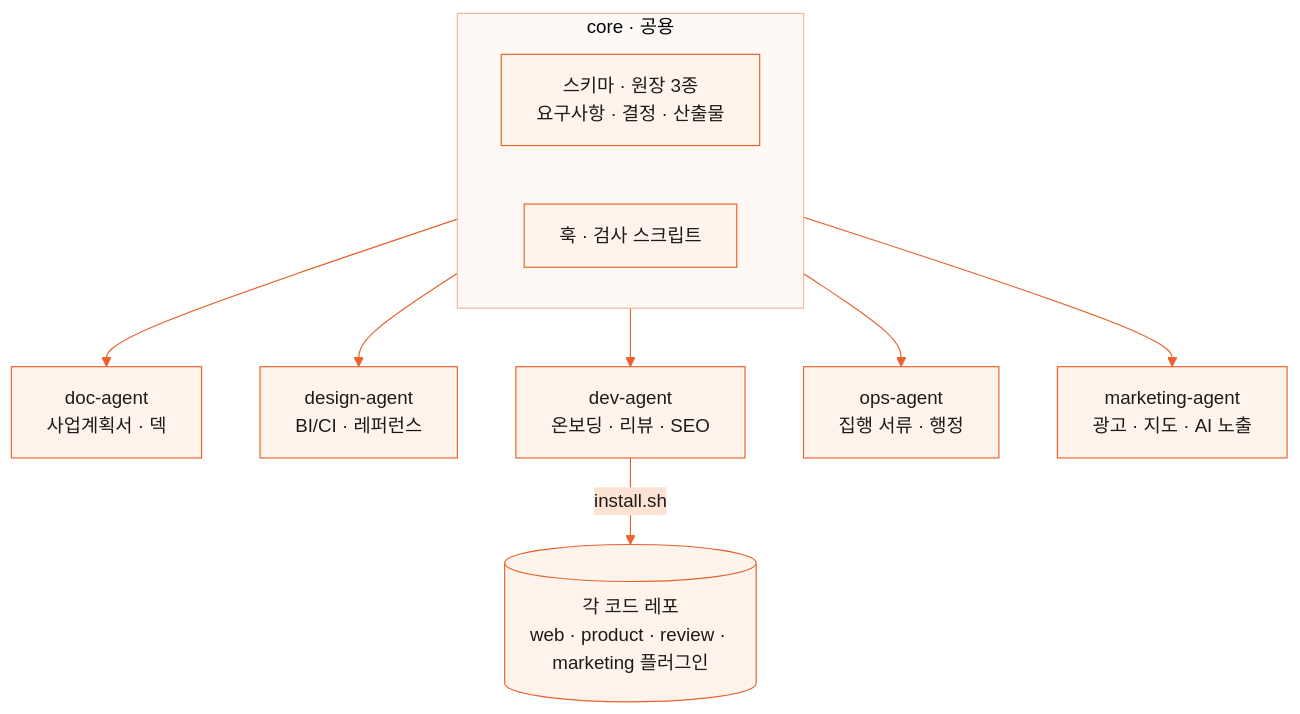
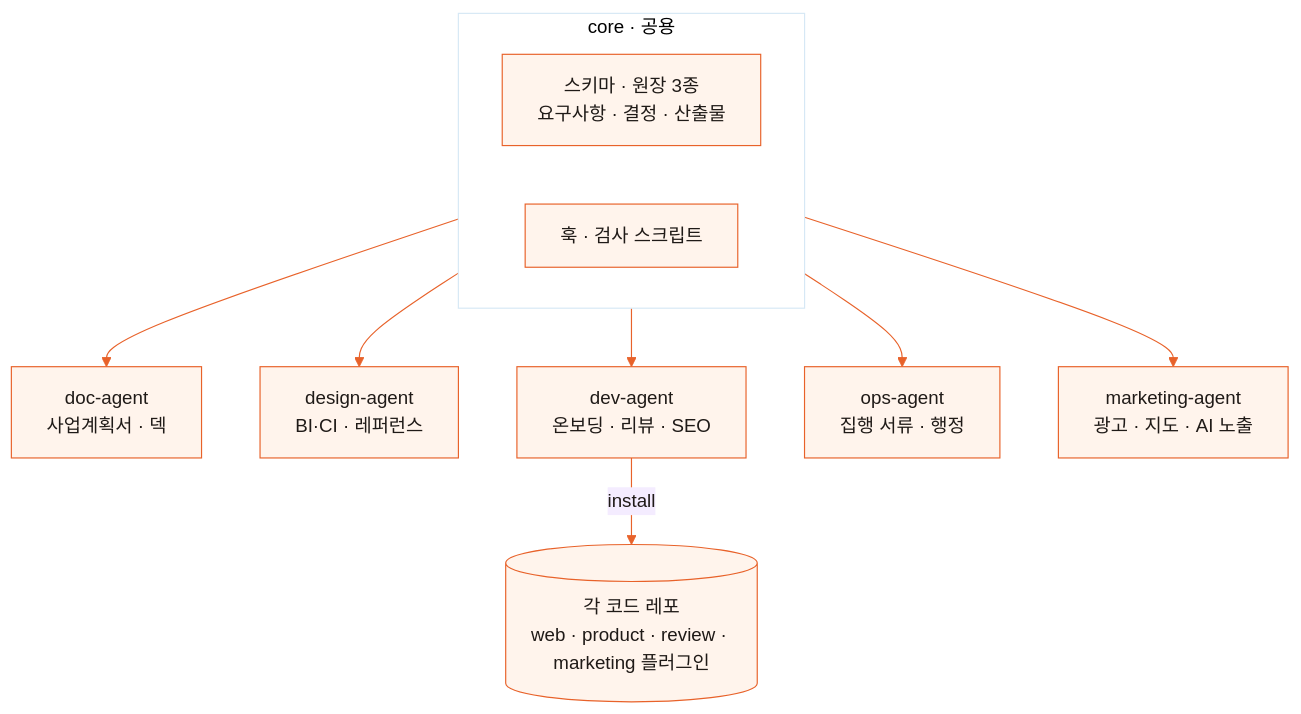
The diagram in README.md (TreeJin99/agent-harness), drawn with Mermaid before and after one commit.

Commit message:
하네스 구조도 렌더링 오류 수정 (2)

````diff
--- a/README.md
+++ b/README.md
@@ -23,14 +23,14 @@
 ```mermaid
-%%{init: {'theme':'base','themeVariables':{'primaryColor':'#FFF4EC','primaryBorderColor':'#E8622A','primaryTextColor':'#1F1A17','lineColor':'#E8622A','secondaryColor':'#FDE3D3','tertiaryColor':'#FFF9F5','clusterBkg':'#FFF9F5','clusterBorder':'#F0B79A','fontFamily':'Pretendard, sans-serif'}}}%%
+%%{init: {'theme':'base','themeVariables':{'primaryColor':'#FFF4EC','primaryBorderColor':'#E8622A','primaryTextColor':'#1F1A17','lineColor':'#E8622A'}}}%%
 flowchart TB
   subgraph C[core · 공용]
     S[스키마 · 원장 3종<br/>요구사항 · 결정 · 산출물]
     H[훅 · 검사 스크립트]
   end
   C --> DOC[doc-agent<br/>사업계획서 · 덱]
-  C --> DES[design-agent<br/>BI/CI · 레퍼런스]
+  C --> DES[design-agent<br/>BI·CI · 레퍼런스]
   C --> DEV[dev-agent<br/>온보딩 · 리뷰 · SEO]
   C --> OPS[ops-agent<br/>집행 서류 · 행정]
   C --> MKT[marketing-agent<br/>광고 · 지도 · AI 노출]
-  DEV -->|install.sh| R[(각 코드 레포<br/>web · product · review · marketing 플러그인)]
+  DEV -->|install| R[(각 코드 레포<br/>web · product · review · marketing 플러그인)]
 ```
````
